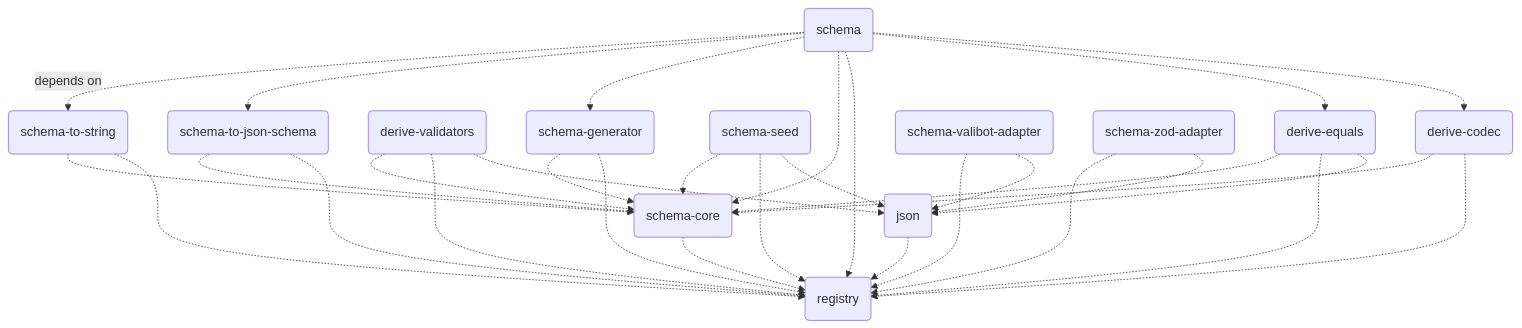
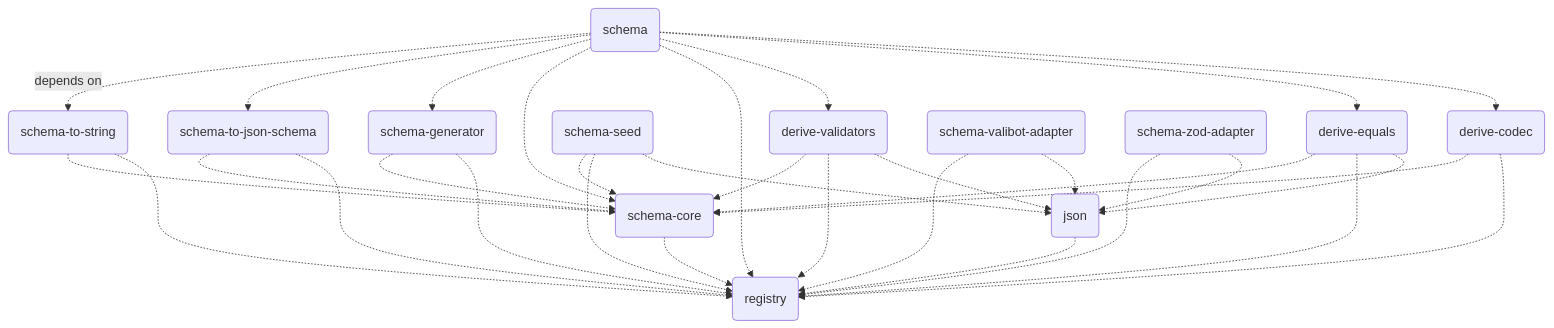
Before and after one commit to traversable/schema: the diagram in README.md, drawn with Mermaid. The commit also changed 29 other files, not shown here.

Commit message:
fix(generator): fixes self-reference problem in generated schemas

````diff
--- a/README.md
+++ b/README.md
@@ -382,34 +382,35 @@
 ```mermaid
 flowchart TD
     registry(registry)
     json(json) -.-> registry(registry)
     schema-core(schema-core) -.-> registry(registry)
     derive-codec(derive-codec) -.-> registry(registry)
     derive-codec(derive-codec) -.-> schema-core(schema-core)
     derive-equals(derive-equals) -.-> json(json)
     derive-equals(derive-equals) -.-> registry(registry)
     derive-equals(derive-equals) -.-> schema-core(schema-core)
     derive-validators(derive-validators) -.-> json(json)
     derive-validators(derive-validators) -.-> registry(registry)
     derive-validators(derive-validators) -.-> schema-core(schema-core)
     schema-generator(schema-generator) -.-> registry(registry)
     schema-generator(schema-generator) -.-> schema-core(schema-core)
     schema-seed(schema-seed) -.-> json(json)
     schema-seed(schema-seed) -.-> registry(registry)
     schema-seed(schema-seed) -.-> schema-core(schema-core)
     schema-to-json-schema(schema-to-json-schema) -.-> registry(registry)
     schema-to-json-schema(schema-to-json-schema) -.-> schema-core(schema-core)
     schema-to-string(schema-to-string) -.-> registry(registry)
     schema-to-string(schema-to-string) -.-> schema-core(schema-core)
     schema-valibot-adapter(schema-valibot-adapter) -.-> json(json)
     schema-valibot-adapter(schema-valibot-adapter) -.-> registry(registry)
     schema-zod-adapter(schema-zod-adapter) -.-> json(json)
     schema-zod-adapter(schema-zod-adapter) -.-> registry(registry)
     schema(schema) -.-> derive-codec(derive-codec)
     schema(schema) -.-> derive-equals(derive-equals)
+    schema(schema) -.-> derive-validators(derive-validators)
     schema(schema) -.-> registry(registry)
     schema(schema) -.-> schema-core(schema-core)
     schema(schema) -.-> schema-generator(schema-generator)
     schema(schema) -.-> schema-to-json-schema(schema-to-json-schema)
     schema(schema) -.depends on.-> schema-to-string(schema-to-string)
 ```
````
